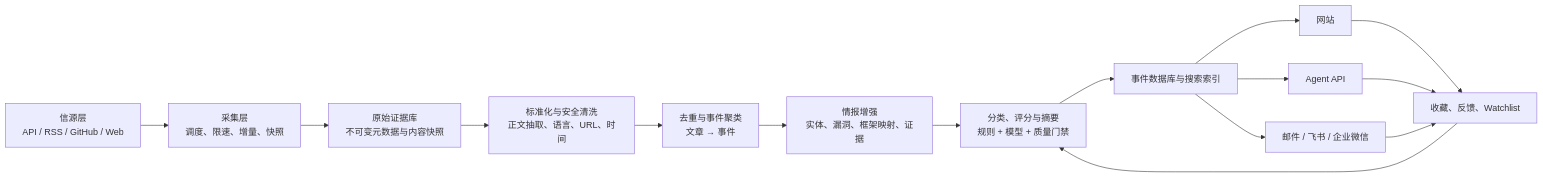
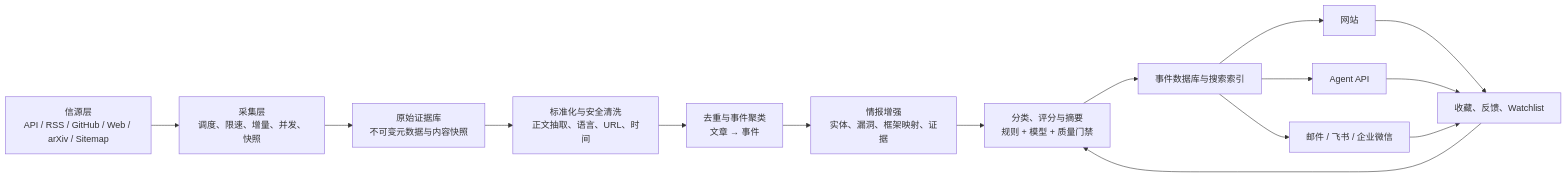
Before and after one commit to suntianq/AI_security_hot: the diagram in docs/system-design.md, drawn with Mermaid. The commit also changed other lines of this file and 3 other files, not shown here.

````diff
--- a/docs/system-design.md
+++ b/docs/system-design.md
@@ -107,17 +108,17 @@
 ```mermaid
 flowchart LR
-    S["信源层<br/>API / RSS / GitHub / Web"] --> C["采集层<br/>调度、限速、增量、快照"]
+    S["信源层<br/>API / RSS / GitHub / Web / arXiv / Sitemap"] --> C["采集层<br/>调度、限速、增量、并发、快照"]
     C --> R["原始证据库<br/>不可变元数据与内容快照"]
     R --> N["标准化与安全清洗<br/>正文抽取、语言、URL、时间"]
     N --> D["去重与事件聚类<br/>文章 → 事件"]
     D --> E["情报增强<br/>实体、漏洞、框架映射、证据"]
     E --> Q["分类、评分与摘要<br/>规则 + 模型 + 质量门禁"]
     Q --> V["事件数据库与搜索索引"]
     V --> W["网站"]
     V --> A["Agent API"]
     V --> P["邮件 / 飞书 / 企业微信"]
     W --> F["收藏、反馈、Watchlist"]
     A --> F
     P --> F
     F --> Q
 ```
````
